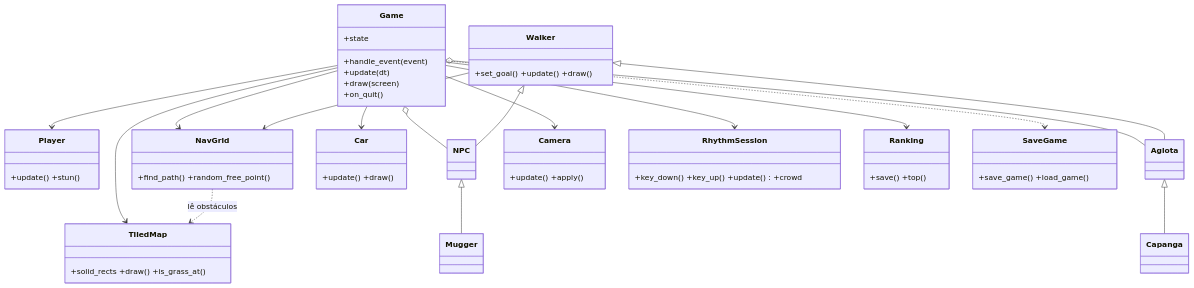
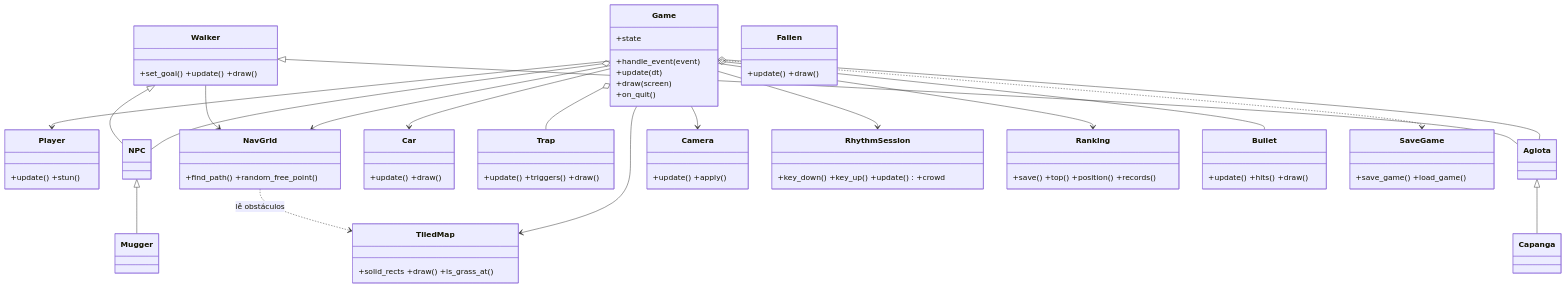
One commit to ArturrCosta/STMB changed the diagram in docs/relatorio_tecnico.md. Above: the diagram before and after it, drawn with Mermaid. The commit also changed other lines of this file and 17 other files, not shown here.

````diff
--- a/docs/relatorio_tecnico.md
+++ b/docs/relatorio_tecnico.md
@@ -15,40 +15,45 @@
 ```mermaid
 classDiagram
     class Game {
         +state
         +handle_event(event)
         +update(dt)
         +draw(screen)
         +on_quit()
     }
     class Player { +update() +stun() }
     class Walker { +set_goal() +update() +draw() }
     class NPC
     class Agiota
     class Capanga
     class Mugger
     class Car { +update() +draw() }
+    class Trap { +update() +triggers() +draw() }
     class NavGrid { +find_path() +random_free_point() }
     class TiledMap { +solid_rects +draw() +is_grass_at() }
     class Camera { +update() +apply() }
     class RhythmSession { +key_down() +key_up() +update() +crowd }
-    class Ranking { +save() +top() }
+    class Ranking { +save() +top() +position() +records() }
+    class Bullet { +update() +hits() +draw() }
+    class Fallen { +update() +draw() }
     class SaveGame { +save_game() +load_game() }
 
     Game --> Player
     Game --> TiledMap
     Game --> Camera
     Game --> NavGrid
     Game --> Ranking
     Game o-- NPC
     Game o-- Agiota
+    Game o-- Trap
+    Game o-- Bullet
     Game --> RhythmSession
     Game ..> SaveGame
     Walker <|-- NPC
     Walker <|-- Agiota
     Agiota <|-- Capanga
     NPC <|-- Mugger
     Game --> Car
     Walker --> NavGrid
     NavGrid ..> TiledMap : lê obstáculos
 ```
````
